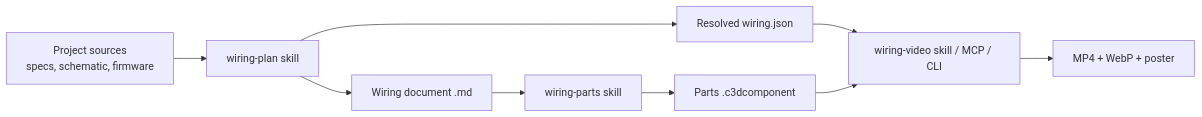
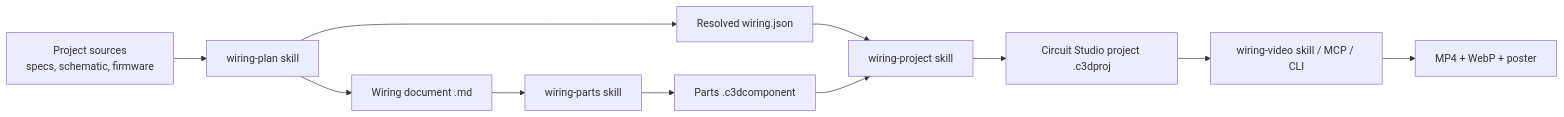
One commit to docteurzoidberg/circuit-studio-agent-kit changed the diagram in README.md. Above: the diagram before and after it, drawn with Mermaid. The commit also changed other lines of this file and 6 other files, not shown here.

First line of the commit message:
Add the wiring-project step and order the commands by step

````diff
--- a/README.md
+++ b/README.md
@@ -34,11 +34,13 @@
 ```mermaid
 flowchart LR
   SRC[Project sources<br/>specs, schematic, firmware] --> A[wiring-plan skill]
   A --> DOC[Wiring document .md]
   A --> JSON[Resolved wiring.json]
   DOC --> B[wiring-parts skill]
   B --> PARTS[Parts .c3dcomponent]
-  JSON --> C[wiring-video skill / MCP / CLI]
-  PARTS --> C
+  JSON --> P[wiring-project skill]
+  PARTS --> P
+  P --> PROJ[Circuit Studio project .c3dproj]
+  PROJ --> C[wiring-video skill / MCP / CLI]
   C --> OUT[MP4 + WebP + poster]
 ```
````
